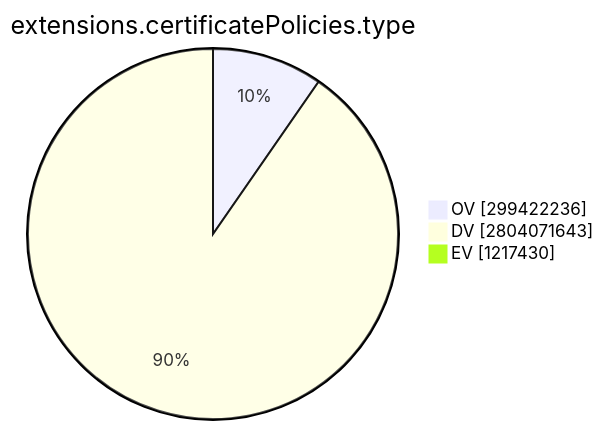
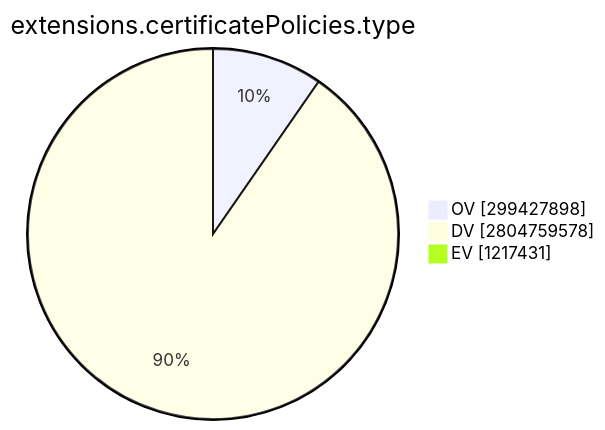
Before and after one commit to christiankrug/ctmonitor_visualization: the ninth of 15 diagrams in TOTAL/README.md, drawn with Mermaid. The commit also changed other lines of this file, not shown here.

````diff
--- a/TOTAL/README.md
+++ b/TOTAL/README.md
@@ -3101,7 +3101,7 @@
 ```mermaid
 pie showData
 title extensions.certificatePolicies.type
-"OV" :299422236
-"DV" :2804071643
-"EV" :1217430
+"OV" :299427898
+"DV" :2804759578
+"EV" :1217431
 ```
````
